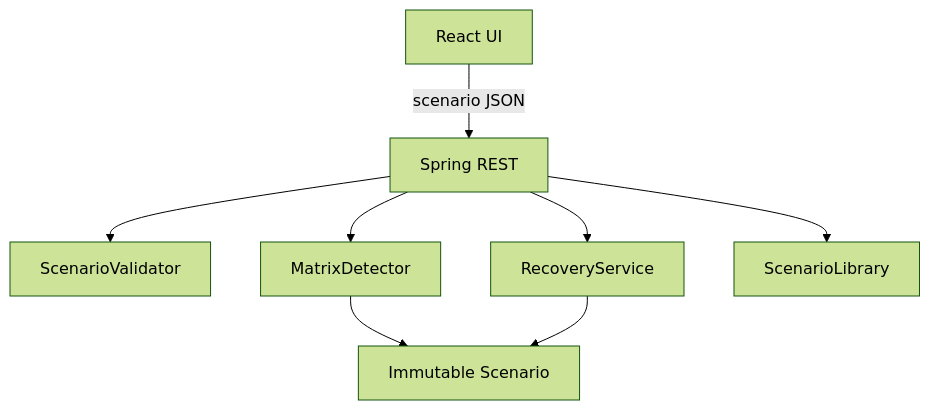
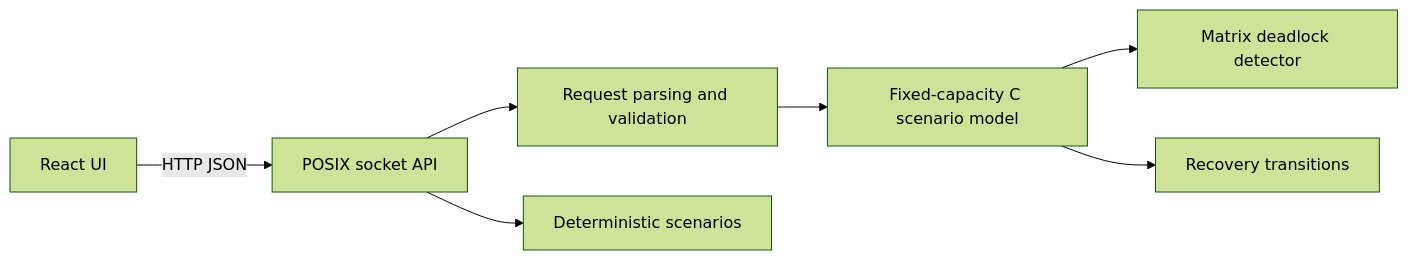
Before and after one commit to karkalashivareddy/Deadlock-Detection-and-Recovery-Simulator: the diagram in docs/architecture.md, drawn with Mermaid (forest theme). The commit also changed other lines of this file and 30 other files, not shown here.

````diff
--- a/docs/architecture.md
+++ b/docs/architecture.md
@@ -7,10 +5,9 @@
 ```mermaid
-flowchart TB
-  Browser[React UI] -->|scenario JSON| Controller[Spring REST]
-  Controller --> Validator[ScenarioValidator]
-  Controller --> Matrix[MatrixDetector]
-  Controller --> Recovery[RecoveryService]
-  Controller --> Fixtures[ScenarioLibrary]
-  Matrix --> Scenario[Immutable Scenario]
-  Recovery --> Scenario
+flowchart LR
+  Browser[React UI] -->|HTTP JSON| Server[POSIX socket API]
+  Server --> Parse[Request parsing and validation]
+  Parse --> Domain[Fixed-capacity C scenario model]
+  Domain --> Matrix[Matrix deadlock detector]
+  Domain --> Recovery[Recovery transitions]
+  Server --> Fixtures[Deterministic scenarios]
 ```
````
